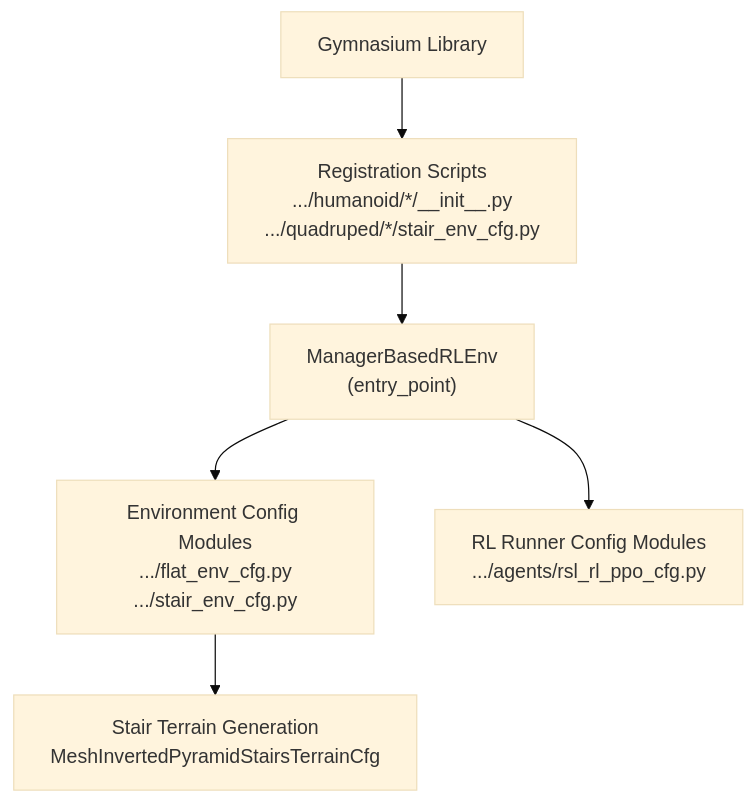
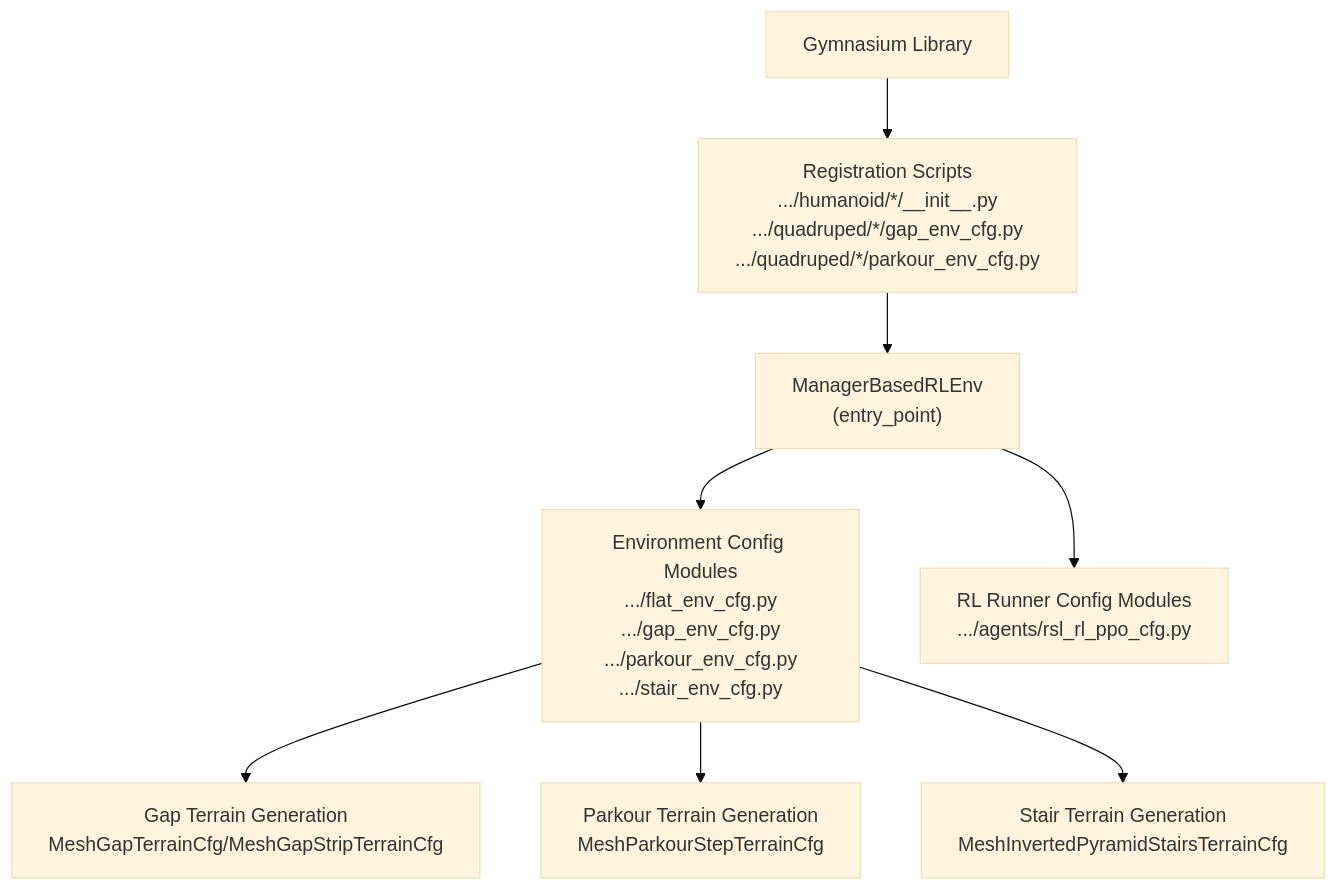
Before and after one commit to jayjayhust/robot_lab: the fourth of 4 diagrams in .qoder/repowiki/en/content/Environment System/Environment Registration Framework.md, drawn with Mermaid (base theme). The commit also changed other lines of this file and 9 other files, not shown here.

````diff
--- a/.qoder/repowiki/en/content/Environment System/Environment Registration Framework.md
+++ b/.qoder/repowiki/en/content/Environment System/Environment Registration Framework.md
@@ -280,14 +323,18 @@
 ```mermaid
 graph TB
 Gymnasium["Gymnasium Library"]
-RegScripts["Registration Scripts<br/>.../humanoid/*/__init__.py<br/>.../quadruped/*/stair_env_cfg.py"]
+RegScripts["Registration Scripts<br/>.../humanoid/*/__init__.py<br/>.../quadruped/*/gap_env_cfg.py<br/>.../quadruped/*/parkour_env_cfg.py"]
 EnvClass["ManagerBasedRLEnv<br/>(entry_point)"]
-EnvCfg["Environment Config Modules<br/>.../flat_env_cfg.py<br/>.../stair_env_cfg.py"]
+EnvCfg["Environment Config Modules<br/>.../flat_env_cfg.py<br/>.../gap_env_cfg.py<br/>.../parkour_env_cfg.py<br/>.../stair_env_cfg.py"]
 RLCfg["RL Runner Config Modules<br/>.../agents/rsl_rl_ppo_cfg.py"]
+GapTerrains["Gap Terrain Generation<br/>MeshGapTerrainCfg/MeshGapStripTerrainCfg"]
+ParkourTerrains["Parkour Terrain Generation<br/>MeshParkourStepTerrainCfg"]
 StairTerrains["Stair Terrain Generation<br/>MeshInvertedPyramidStairsTerrainCfg"]
 Gymnasium --> RegScripts
 RegScripts --> EnvClass
 EnvClass --> EnvCfg
 EnvClass --> RLCfg
+EnvCfg --> GapTerrains
+EnvCfg --> ParkourTerrains
 EnvCfg --> StairTerrains
 ```
````
